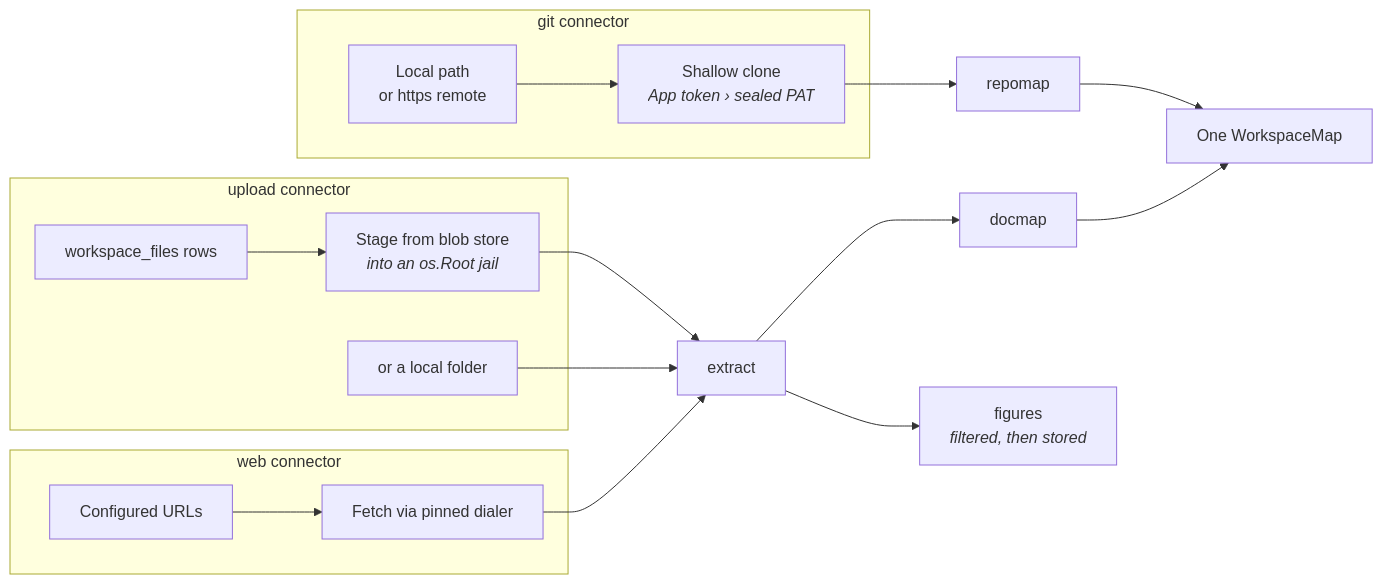
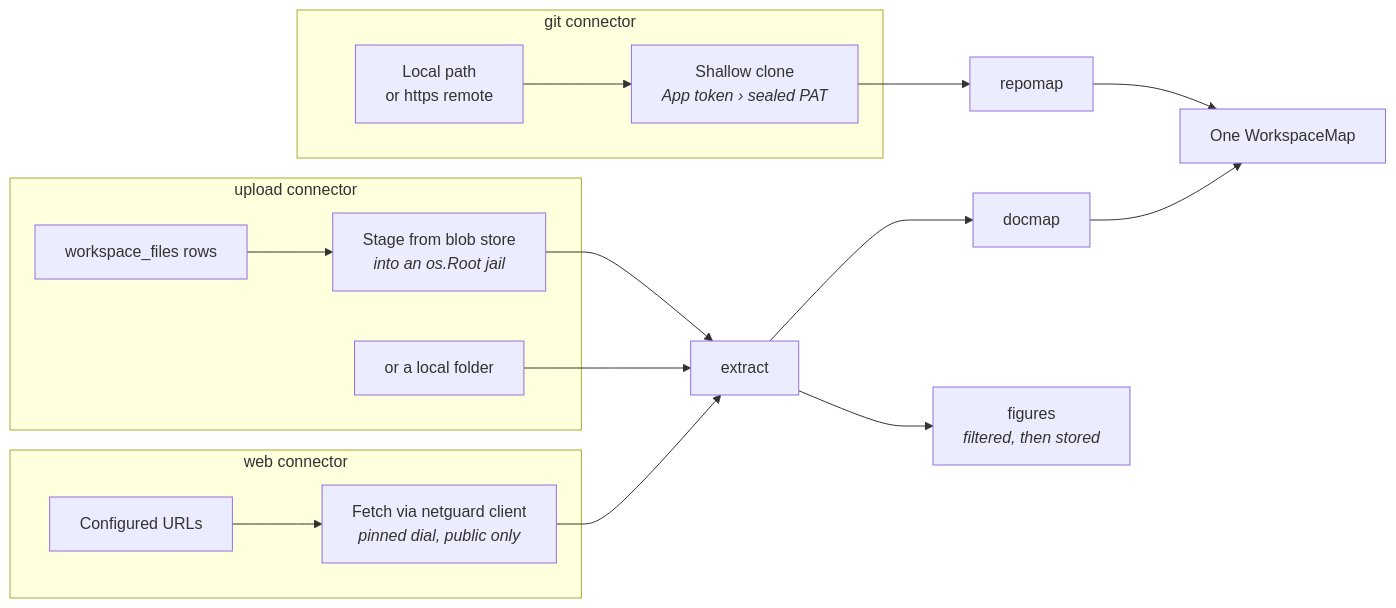
The fifth of 17 diagrams in docs/architecture.md (daiwa-zou/kiln), drawn with Mermaid before and after one commit. The commit also changed other lines of this file and 7 other files, not shown here.

First line of the commit message:
Move the pinned outbound HTTP client into netguard

````diff
--- a/docs/architecture.md
+++ b/docs/architecture.md
@@ -329,23 +329,23 @@
 ```mermaid
 flowchart LR
     subgraph git["git connector"]
         R["Local path<br/>or https remote"] --> Clone["Shallow clone<br/><i>App token › sealed PAT</i>"]
     end
     subgraph up["upload connector"]
         Files["workspace_files rows"] --> Stage["Stage from blob store<br/><i>into an os.Root jail</i>"]
         Local["or a local folder"]
     end
     subgraph web["web connector"]
-        URLs["Configured URLs"] --> Fetch["Fetch via pinned dialer"]
+        URLs["Configured URLs"] --> Fetch["Fetch via netguard client<br/><i>pinned dial, public only</i>"]
     end
 
     Clone --> RM["repomap"]
     Stage --> EX["extract"]
     Local --> EX
     Fetch --> EX
     EX --> DM["docmap"]
     EX --> FG["figures<br/><i>filtered, then stored</i>"]
 
     RM --> WM["One WorkspaceMap"]
     DM --> WM
 ```
````
